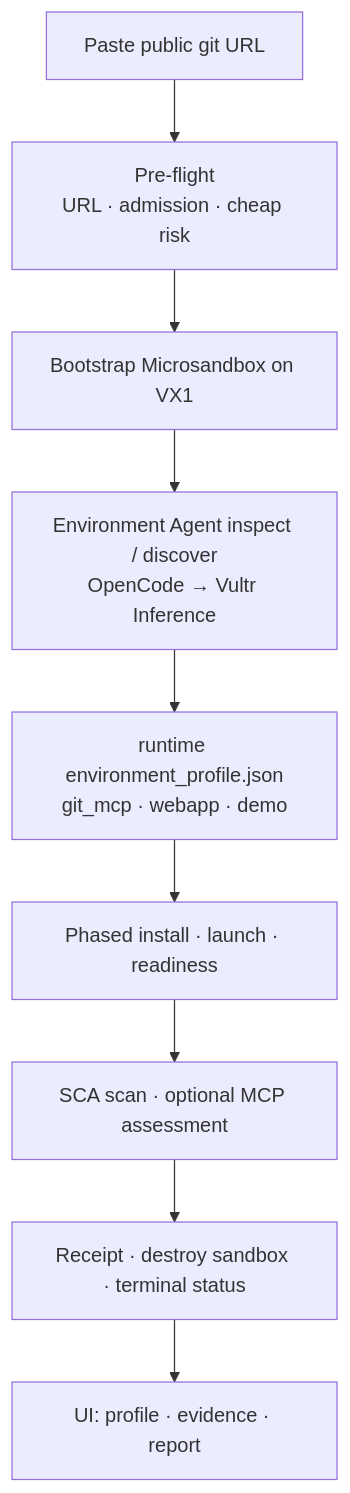
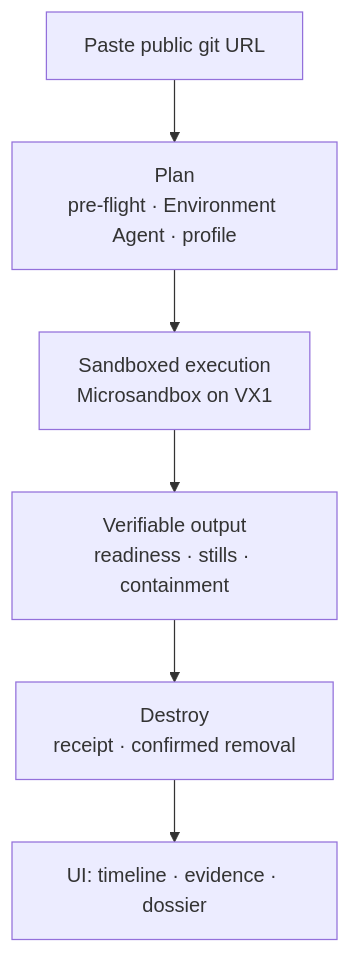
The second of 6 diagrams in README.md (ludvigodin/killhub), drawn with Mermaid before and after one commit. The commit also changed other lines of this file and 35 other files, not shown here.

````diff
--- a/README.md
+++ b/README.md
@@ -61,11 +60,8 @@
 ```mermaid
 flowchart TB
-  U["Paste public git URL"] --> P["Pre-flight<br/>URL · admission · cheap risk"]
-  P --> V["Bootstrap Microsandbox on VX1"]
-  V --> A["Environment Agent inspect / discover<br/>OpenCode → Vultr Inference"]
-  A --> F["runtime environment_profile.json<br/>git_mcp · webapp · demo"]
-  F --> I["Phased install · launch · readiness"]
-  I --> S["SCA scan · optional MCP assessment"]
-  S --> R["Receipt · destroy sandbox · terminal status"]
-  R --> UI["UI: profile · evidence · report"]
+  U["Paste public git URL"] --> P["Plan<br/>pre-flight · Environment Agent · profile"]
+  P --> E["Sandboxed execution<br/>Microsandbox on VX1"]
+  E --> V["Verifiable output<br/>readiness · stills · containment"]
+  V --> D["Destroy<br/>receipt · confirmed removal"]
+  D --> UI["UI: timeline · evidence · dossier"]
 ```
````
